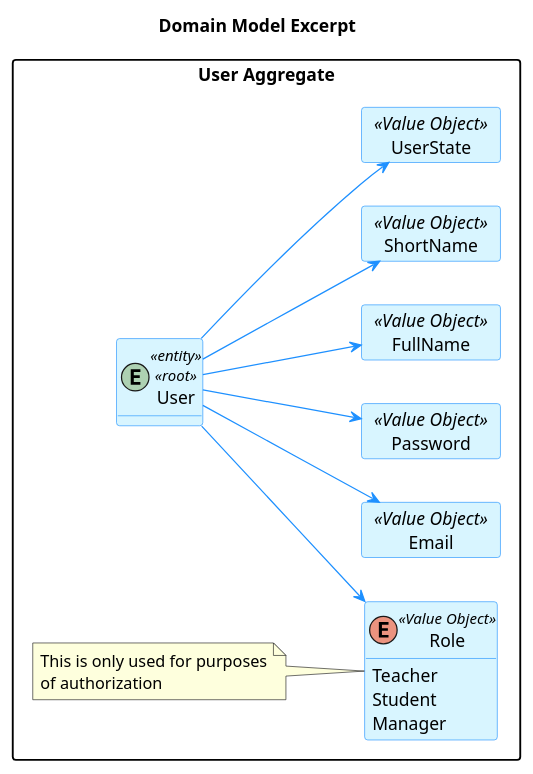
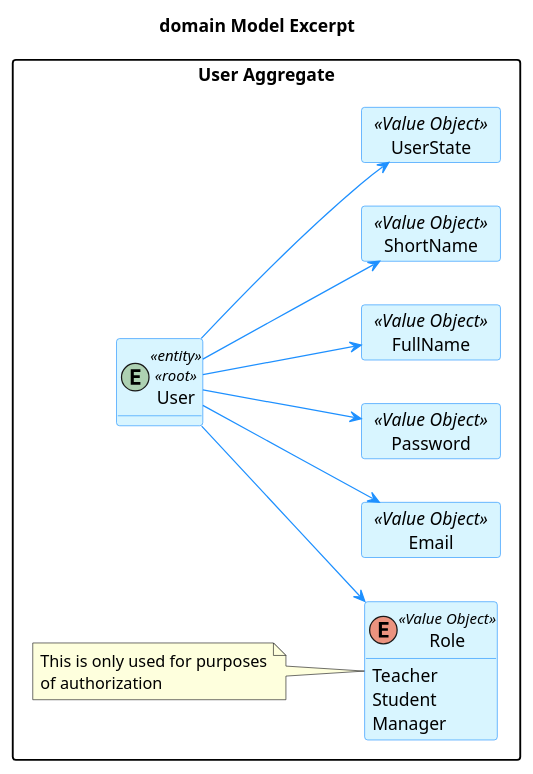
One commit to brunacosta03/sem4pi_22_23 changed the diagram in docs/SPRINT A/US_G006/Analysis/DomainModel.puml. Above: the diagram before and after it, drawn with PlantUML. The commit also changed 33 other files, not shown here.

```diff
--- a/docs/SPRINT A/US_G006/Analysis/DomainModel.puml
+++ b/docs/SPRINT A/US_G006/Analysis/DomainModel.puml
@@ -1,61 +1,61 @@
 @startuml
 
-title Domain Model Excerpt
+title domain Model Excerpt
 
 hide methods
 left to right direction
 
 skinparam classAttributeIconSize 0
 
 skinparam class {
     LifeLineBorderColor DodgerBlue
     LifeLineBackgroundColor APPLICATION
     BackgroundColor #D8F5FF
     ArrowColor DodgerBlue
     BorderColor DodgerBlue
 }
 
 skinparam packageStyle rectangle
 
 skinparam card {
     LifeLineBorderColor DodgerBlue
     LifeLineBackgroundColor APPLICATION
     BackgroundColor #D8F5FF
     ArrowColor DodgerBlue
     BorderColor DodgerBlue
 }
 
 package "User Aggregate" {
     entity User <<entity>><<root>>
 
 'User value objects
     card Email <<Value Object>>{
     }
     card Password <<Value Object>>{
     }
     card FullName <<Value Object>>{
     }
     card ShortName <<Value Object>>{
     }
     card UserState <<Value Object>>{
     }
     enum Role <<Value Object>> {
         Teacher
         Student
         Manager
     }
 
     User --> Email
     User --> Password
     User --> FullName
     User --> ShortName
     User --> Role
     User --> UserState
 
     note left of Role
         This is only used for purposes
         of authorization
     end note
 }
 
 @enduml
```
